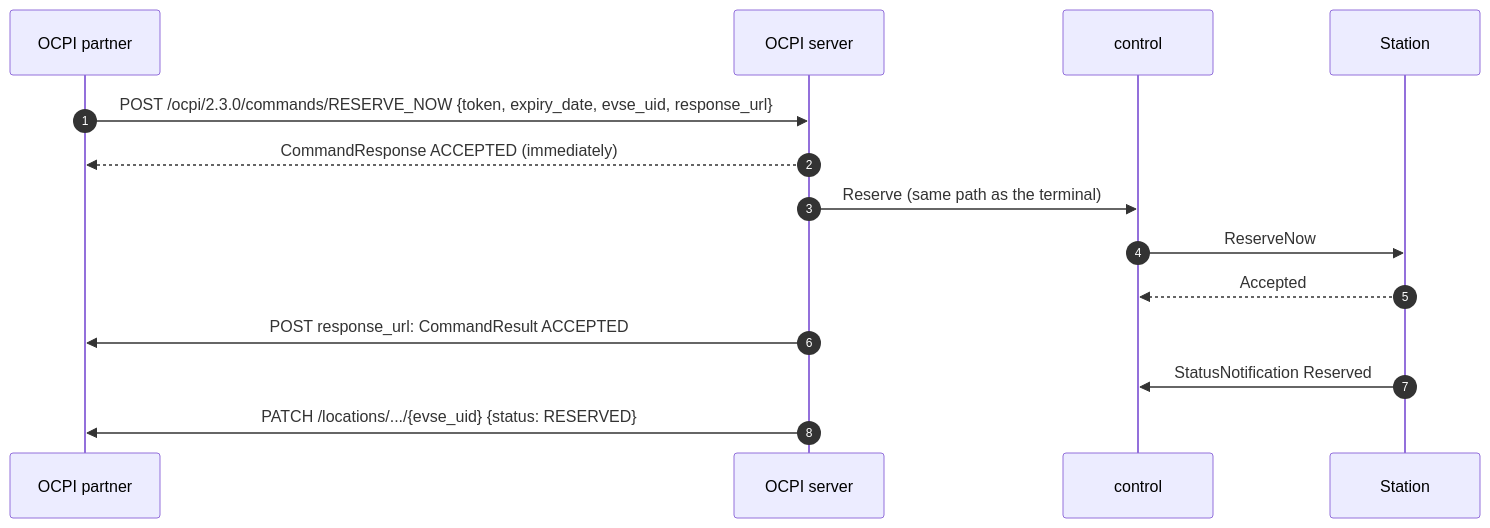
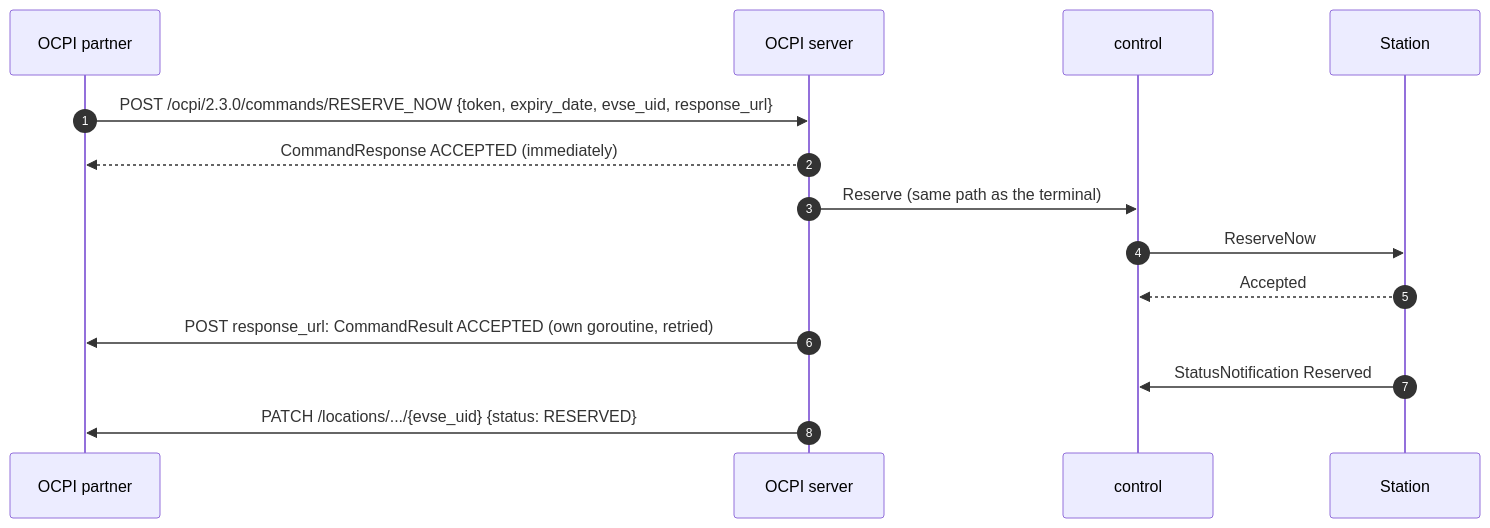
One commit to wolffseb/headless-csms changed the seventh of 7 diagrams in docs/architecture/sequences.md. Above: the diagram before and after it, drawn with Mermaid. The commit also changed other lines of this file and 46 other files, not shown here.

````diff
--- a/docs/architecture/sequences.md
+++ b/docs/architecture/sequences.md
@@ -216,17 +218,17 @@
 ```mermaid
 sequenceDiagram
     autonumber
     participant P as OCPI partner
     participant O as OCPI server
     participant Ctl as control
     participant St as Station
 
     P->>O: POST /ocpi/2.3.0/commands/RESERVE_NOW {token, expiry_date, evse_uid, response_url}
     O-->>P: CommandResponse ACCEPTED (immediately)
     O->>Ctl: Reserve (same path as the terminal)
     Ctl->>St: ReserveNow
     St-->>Ctl: Accepted
-    O->>P: POST response_url: CommandResult ACCEPTED
+    O->>P: POST response_url: CommandResult ACCEPTED (own goroutine, retried)
     St->>Ctl: StatusNotification Reserved
     O->>P: PATCH /locations/.../{evse_uid} {status: RESERVED}
 ```
````
